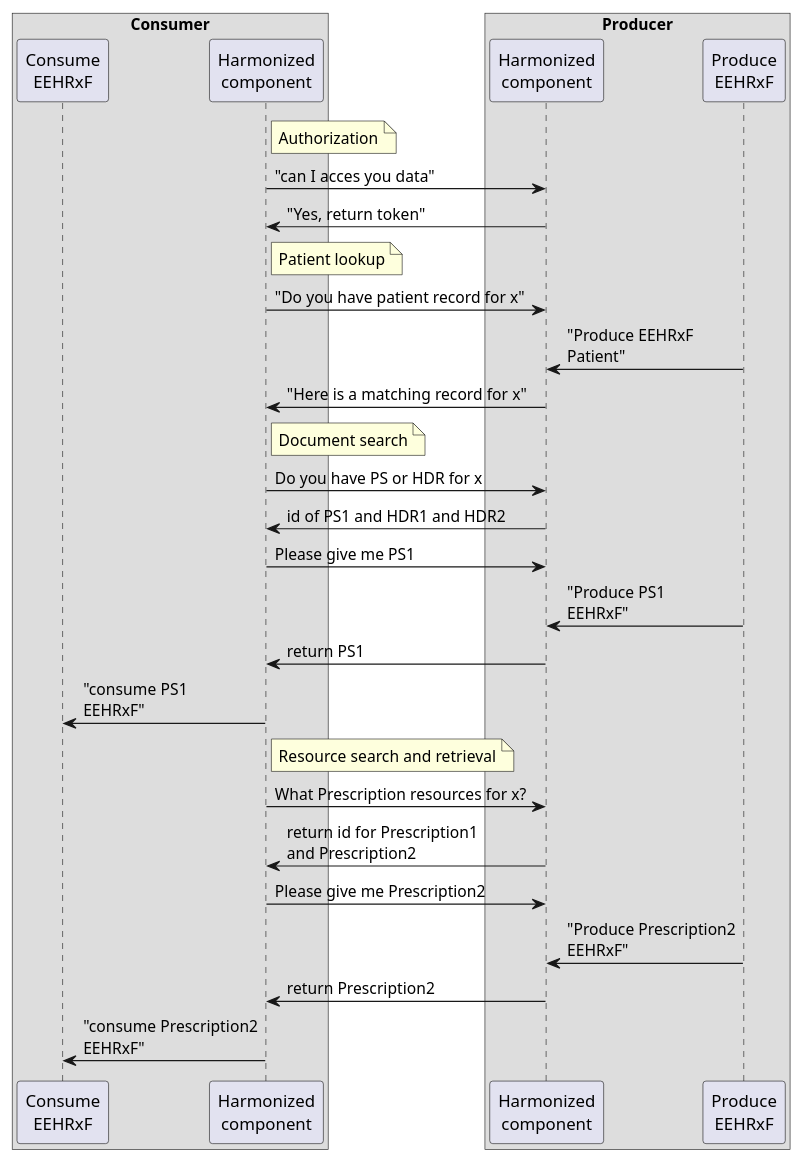
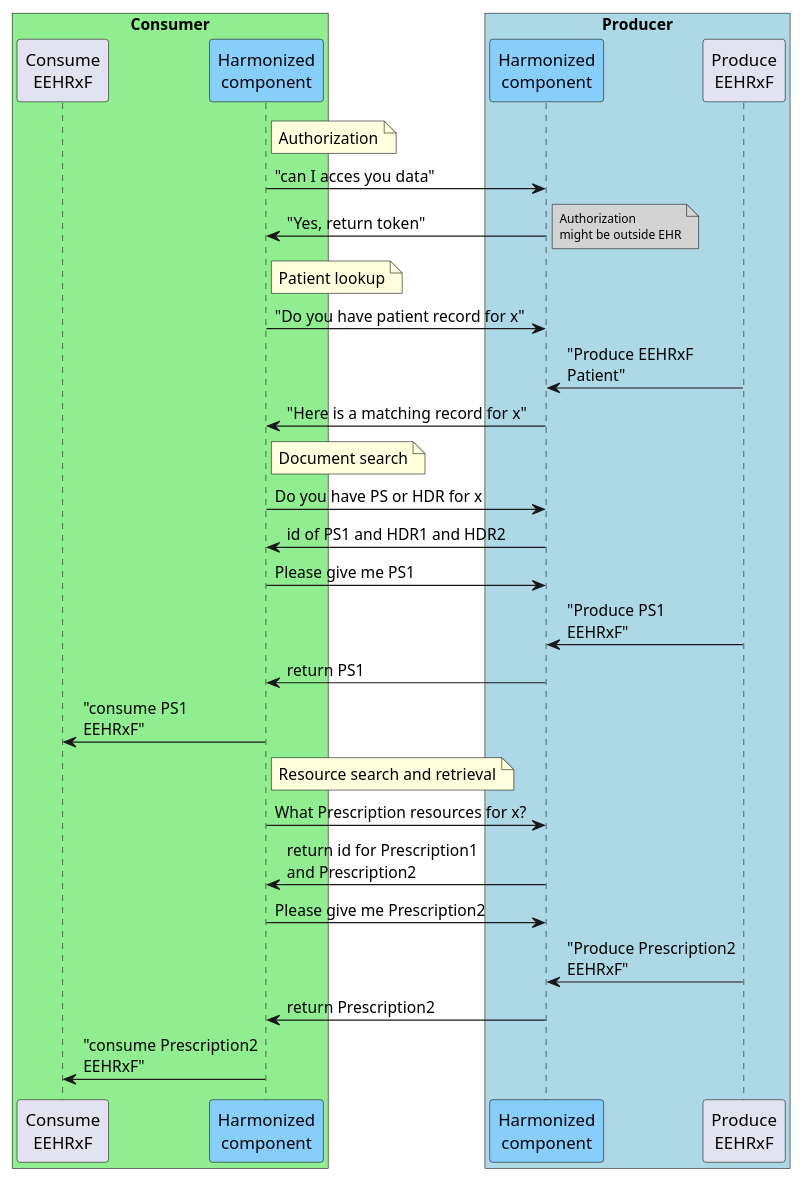
Before and after one commit to HL7Norway/FHIR-hackathon-2025: the diagram in FHIR-hackathon-2025/input/images-source/EHDS-requirements.plantuml, drawn with PlantUML.

Commit message:
plantuml

```diff
--- a/FHIR-hackathon-2025/input/images-source/EHDS-requirements.plantuml
+++ b/FHIR-hackathon-2025/input/images-source/EHDS-requirements.plantuml
@@ -1,43 +1,44 @@
 @startuml
 
-box "Consumer"
+box "Consumer" #lightgreen
   participant "Consume\nEEHRxF" as cons
-  participant "Harmonized\ncomponent" as harmonized1
+  participant "Harmonized\ncomponent" as harmonized1 #lightskyblue
 end box
 
 
-box "Producer" 
-  participant "Harmonized\ncomponent" as harmonized2
+box "Producer" #lightblue
+  participant "Harmonized\ncomponent" as harmonized2 #lightskyblue
   participant "Produce\nEEHRxF" as prod
 end box
 
 note right of harmonized1: Authorization
 
 harmonized1 -> harmonized2 : "can I acces you data"
 harmonized1 <- harmonized2 : "Yes, return token"
+note right #lightgray: <size:10>Authorization\n<size:10>might be outside EHR</size>
 
 note right of harmonized1: Patient lookup
 
 harmonized1 -> harmonized2 : "Do you have patient record for x"
 prod -> harmonized2 : "Produce EEHRxF\nPatient"
 harmonized1 <- harmonized2 : "Here is a matching record for x"
 
 note right of harmonized1: Document search
 
 harmonized1 -> harmonized2 : Do you have PS or HDR for x
 harmonized1 <- harmonized2 : id of PS1 and HDR1 and HDR2
 harmonized1 -> harmonized2 : Please give me PS1
 prod -> harmonized2 : "Produce PS1\nEEHRxF"
 harmonized1 <- harmonized2 : return PS1
 harmonized1 -> cons : "consume PS1\nEEHRxF"
 
 note right of harmonized1: Resource search and retrieval
 
 harmonized1 -> harmonized2 : What Prescription resources for x?
 harmonized1 <- harmonized2 : return id for Prescription1\nand Prescription2
 harmonized1 -> harmonized2 : Please give me Prescription2
 prod -> harmonized2 : "Produce Prescription2\nEEHRxF"
 harmonized1 <- harmonized2 : return Prescription2
 harmonized1 -> cons : "consume Prescription2\nEEHRxF"
 
 @enduml
```
